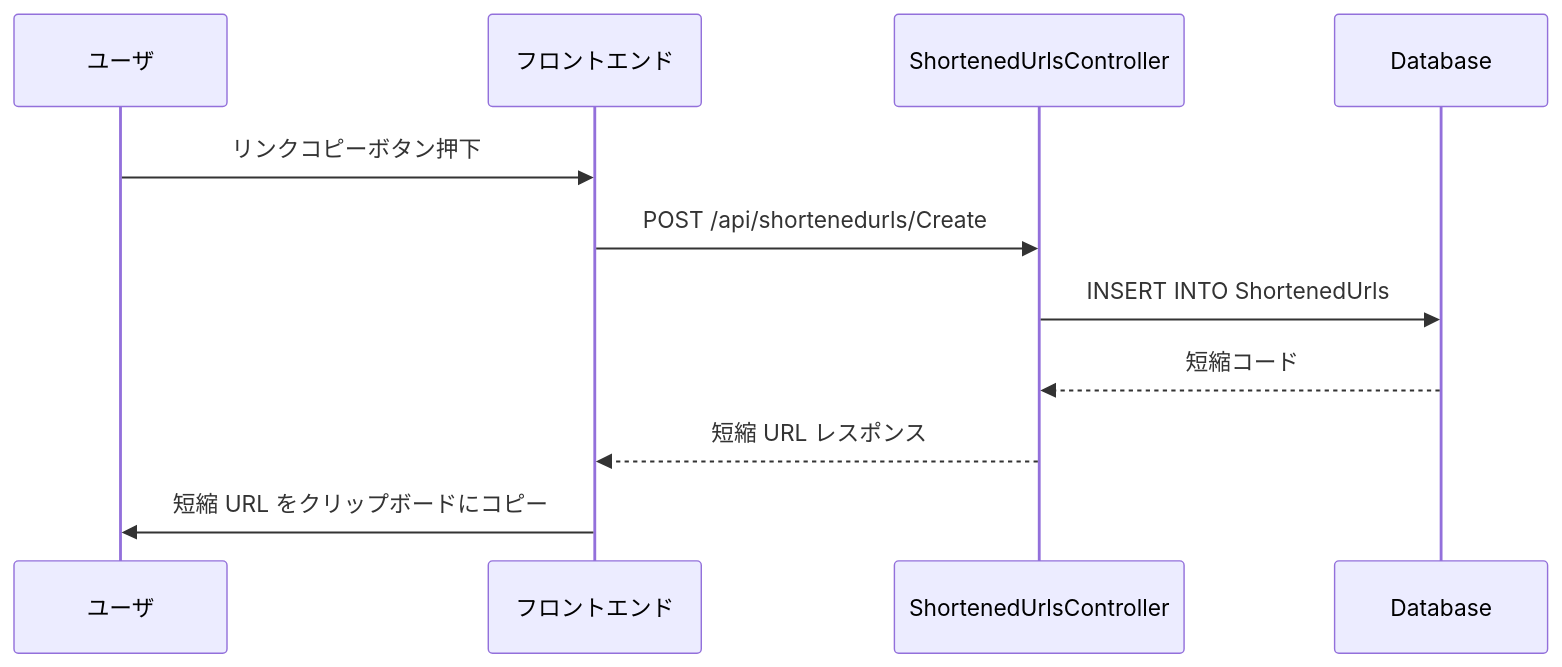
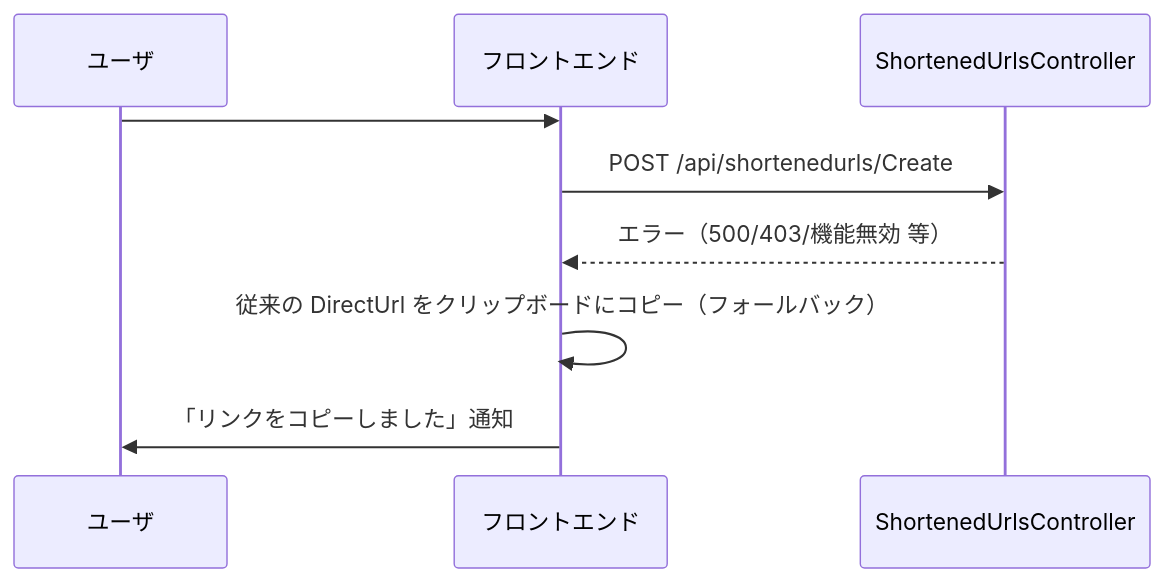
Before and after one commit to vehiclevisionjp/VehicleVision.Pleasanter.ResearchDocuments: the fifth of 7 diagrams in docs/research/04-外部連携・フィード/006-短縮URL機能設計.md, drawn with Mermaid. The commit also changed other lines of this file, not shown here.

Commit message:
docs: CopyToClipboards統合を主要ユースケースとして再構成

````diff
--- a/docs/research/04-外部連携・フィード/006-短縮URL機能設計.md
+++ b/docs/research/04-外部連携・フィード/006-短縮URL機能設計.md
@@ -683,14 +830,12 @@
 ```mermaid
 sequenceDiagram
     participant User as ユーザ
     participant UI as フロントエンド
-    participant API as ShortenedUrlsController
-    participant DB as Database
+    participant Server as ShortenedUrlsController
 
-    User->>UI: リンクコピーボタン押下
-    UI->>API: POST /api/shortenedurls/Create
-    API->>DB: INSERT INTO ShortenedUrls
-    DB-->>API: 短縮コード
-    API-->>UI: 短縮 URL レスポンス
-    UI->>User: 短縮 URL をクリップボードにコピー
+    User->>UI: #CopyToClipboards ボタン押下
+    UI->>Server: POST /api/shortenedurls/Create
+    Server-->>UI: エラー（500/403/機能無効 等）
+    UI->>UI: 従来の DirectUrl をクリップボードにコピー（フォールバック）
+    UI->>User: 「リンクをコピーしました」通知
 ```
````
